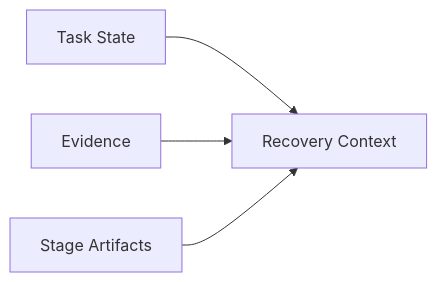
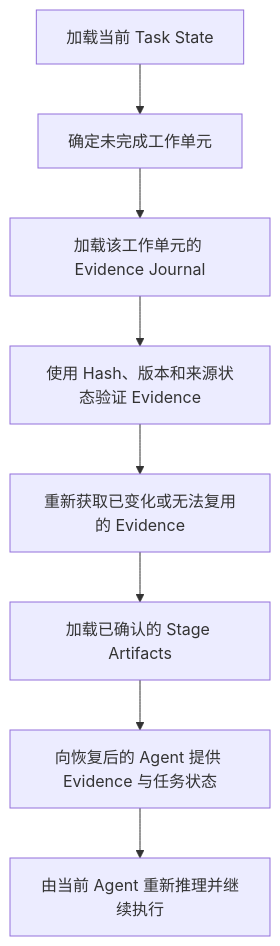
Before and after one commit to wenchiangh/blogs: the third of 3 diagrams in aget-knowledge-recovery.md, drawn with Mermaid. The commit also changed other lines of this file, not shown here.

````diff
--- a/aget-knowledge-recovery.md
+++ b/aget-knowledge-recovery.md
@@ -268,7 +243,10 @@
 ```mermaid
-flowchart LR
-
-A[Task State] --> D[Recovery Context]
-B[Evidence] --> D
-C[Stage Artifacts] --> D
+flowchart TD
+    A[加载当前 Task State] --> B[确定未完成工作单元]
+    B --> C[加载该工作单元的 Evidence Journal]
+    C --> D[使用 Hash、版本和来源状态验证 Evidence]
+    D --> E[重新获取已变化或无法复用的 Evidence]
+    E --> F[加载已确认的 Stage Artifacts]
+    F --> G[向恢复后的 Agent 提供 Evidence 与任务状态]
+    G --> H[由当前 Agent 重新推理并继续执行]
 ```
````
